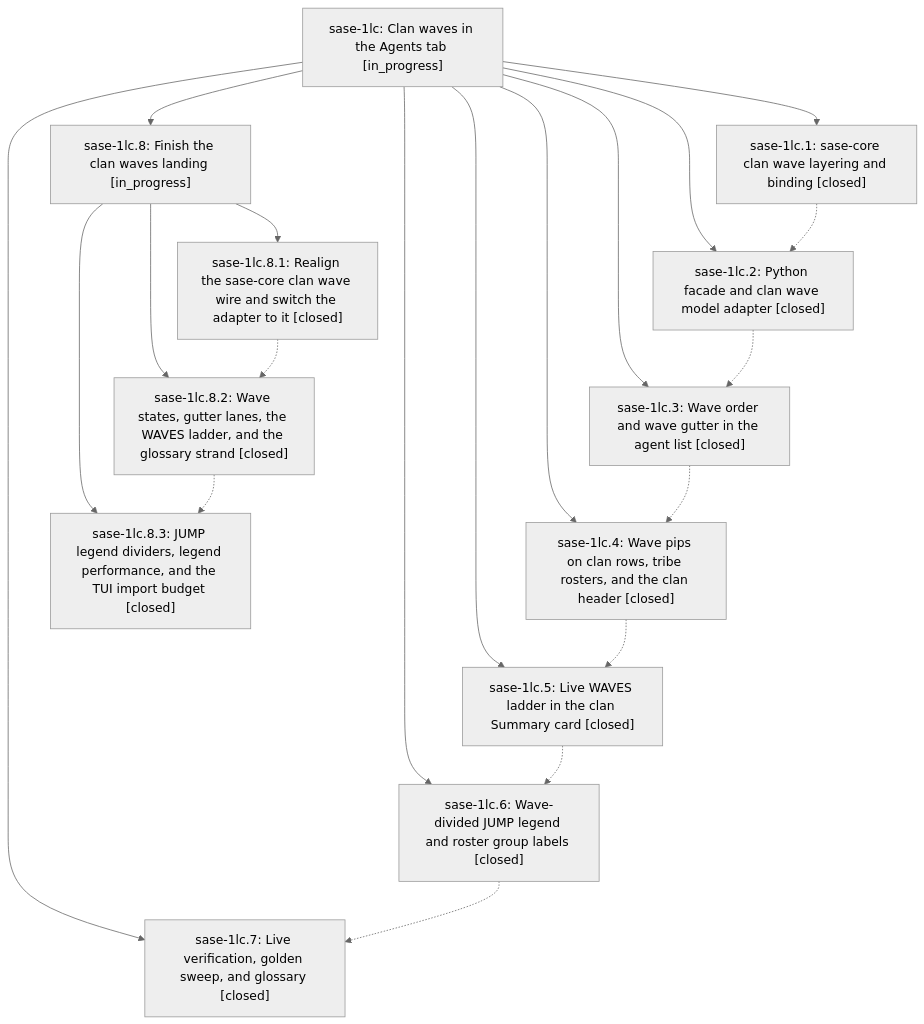
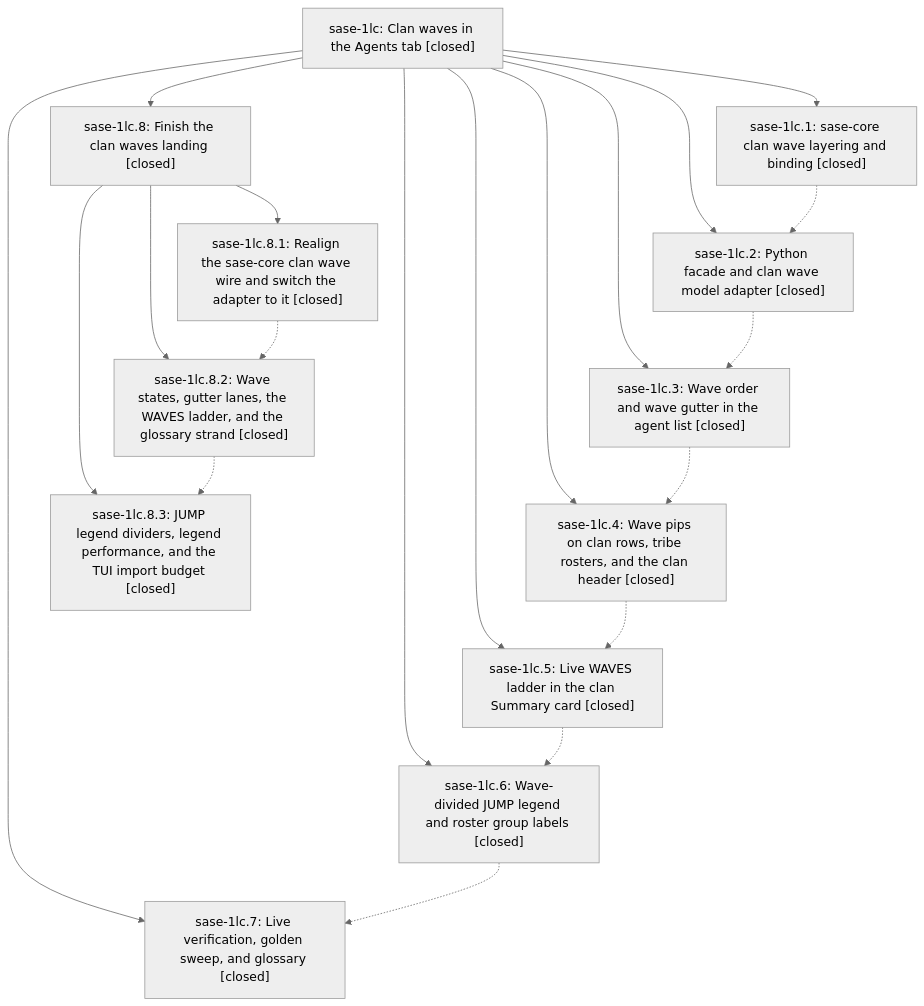
The diagram in pages/sase-1lc/README.md (sase-org/sase--beads), drawn with Mermaid (neutral theme) before and after one commit. The commit also changed other lines of this file and 3 other files, not shown here.

````diff
--- a/pages/sase-1lc/README.md
+++ b/pages/sase-1lc/README.md
@@ -75,34 +77,34 @@
 ```mermaid
 flowchart TD
-    n0["sase-1lc: Clan waves in the Agents tab [in_progress]"]
+    n0["sase-1lc: Clan waves in the Agents tab [closed]"]
     n1["sase-1lc.1: sase-core clan wave layering and binding [closed]"]
     n2["sase-1lc.2: Python facade and clan wave model adapter [closed]"]
     n3["sase-1lc.3: Wave order and wave gutter in the agent list [closed]"]
     n4["sase-1lc.4: Wave pips on clan rows, tribe rosters, and the clan header [closed]"]
     n5["sase-1lc.5: Live WAVES ladder in the clan Summary card [closed]"]
     n6["sase-1lc.6: Wave-divided JUMP legend and roster group labels [closed]"]
     n7["sase-1lc.7: Live verification, golden sweep, and glossary [closed]"]
-    n8["sase-1lc.8: Finish the clan waves landing [in_progress]"]
+    n8["sase-1lc.8: Finish the clan waves landing [closed]"]
     n9["sase-1lc.8.1: Realign the sase-core clan wave wire and switch the adapter to it [closed]"]
     n10["sase-1lc.8.2: Wave states, gutter lanes, the WAVES ladder, and the glossary strand [closed]"]
     n11["sase-1lc.8.3: JUMP legend dividers, legend performance, and the TUI import budget [closed]"]
     n0 --> n1
     n0 --> n2
     n0 --> n3
     n0 --> n4
     n0 --> n5
     n0 --> n6
     n0 --> n7
     n0 --> n8
     n8 --> n9
     n8 --> n10
     n8 --> n11
     n1 -.-> n2
     n2 -.-> n3
     n3 -.-> n4
     n4 -.-> n5
     n5 -.-> n6
     n6 -.-> n7
     n9 -.-> n10
     n10 -.-> n11
 ```
````
